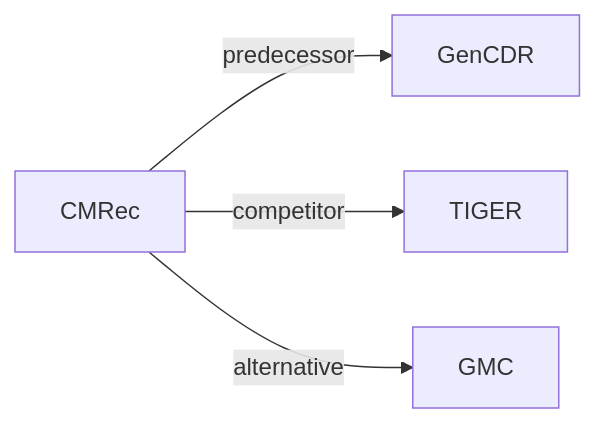
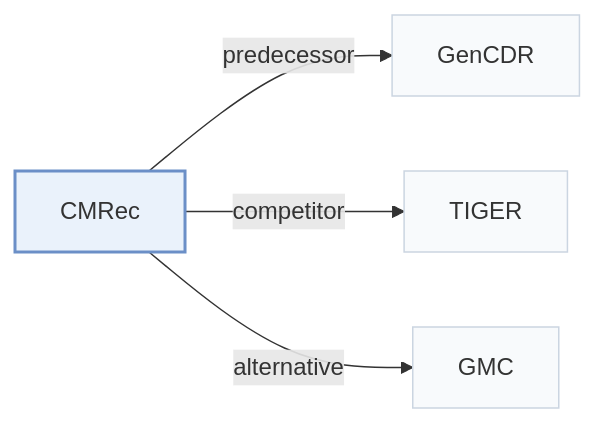
Before and after one commit to Galaxy-ghost/Awesome-SID-Generative-Rec: the second of 2 diagrams in pages/papers/cmrec.md, drawn with Mermaid. The commit also changed other lines of this file and 649 other files, not shown here.

Commit message:
writer-05: also tags and modality index (schema, check, build, visuals); summary field removed; calibration data for 12 papers

````diff
--- a/pages/papers/cmrec.md
+++ b/pages/papers/cmrec.md
@@ -66,7 +72,11 @@
 ```mermaid
 flowchart LR
     P["CMRec"]
-    P -->|predecessor| A["GenCDR"]
-    P -->|competitor| B["TIGER"]
-    P -->|alternative| C["GMC"]
+    P -->|"predecessor"| A["GenCDR"]
+    P -->|"competitor"| B["TIGER"]
+    P -->|"alternative"| C["GMC"]
+    classDef main fill:#eaf2fb,stroke:#6b8fc7,stroke-width:2px
+    classDef peer fill:#f8fafc,stroke:#cbd5e1
+    class P main
+    class A,B,C peer
 ```
````
